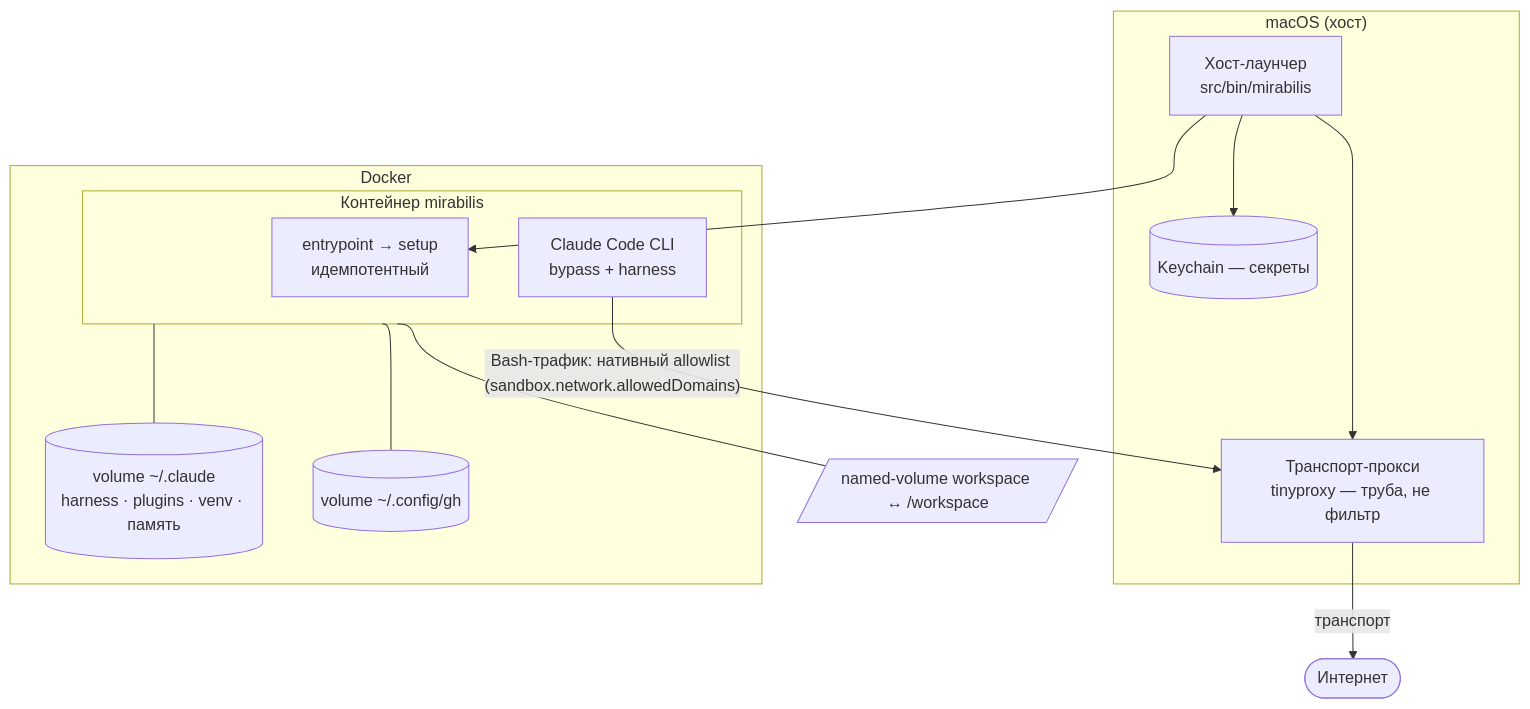
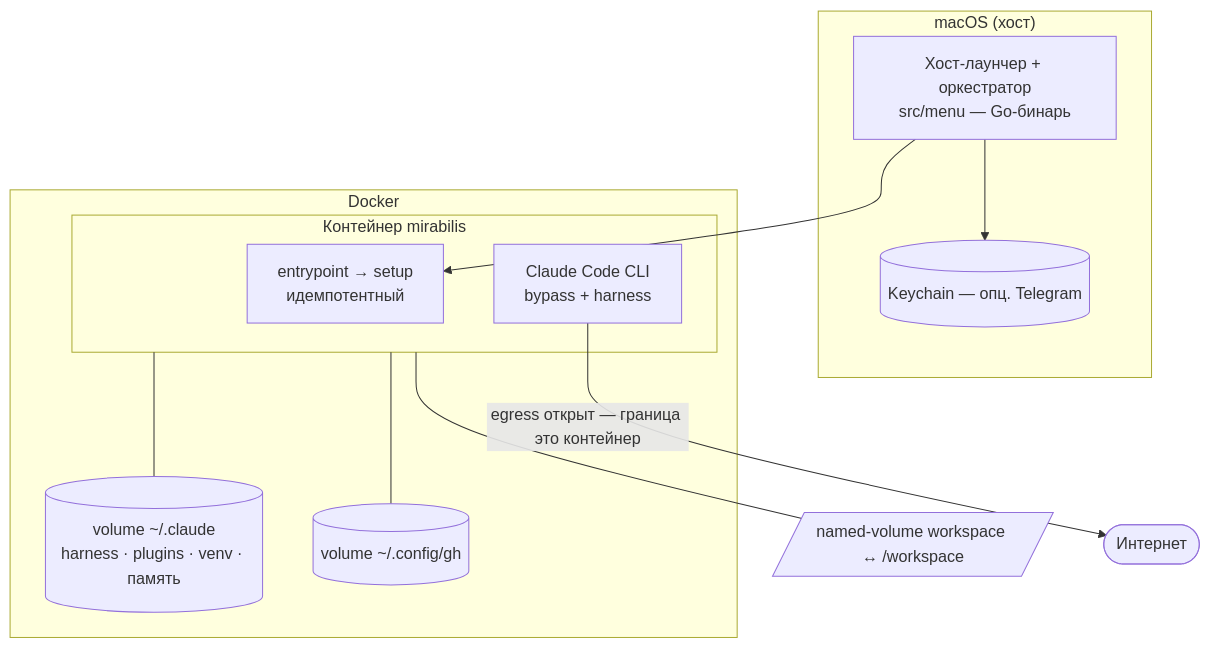
Before and after one commit to AlexShchuka/mirabilis: the diagram in docs/ARCHITECTURE.md, drawn with Mermaid. The commit also changed other lines of this file and 44 other files, not shown here.

````diff
--- a/docs/ARCHITECTURE.md
+++ b/docs/ARCHITECTURE.md
@@ -60,24 +38,22 @@
 ```mermaid
 flowchart TB
   subgraph HOST["macOS (хост)"]
-    LCH[Хост-лаунчер\nsrc/bin/mirabilis]
-    PRX[Транспорт-прокси\ntinyproxy — труба, не фильтр]
-    KC[(Keychain — секреты)]
+    LCH[Хост-лаунчер + оркестратор\nsrc/menu — Go-бинарь]
+    KC[(Keychain — опц. Telegram)]
   end
   subgraph DOCKER["Docker"]
     subgraph CT["Контейнер mirabilis"]
       ENT[entrypoint → setup\nидемпотентный]
       CLAUDE[Claude Code CLI\nbypass + harness]
     end
     VOL[("volume ~/.claude\nharness · plugins · venv · память")]
     GHV[("volume ~/.config/gh")]
   end
   WS[/named-volume workspace ↔ /workspace/]
   LCH --> ENT
-  LCH --> PRX
   LCH --> KC
   CT --- VOL
   CT --- GHV
   CT --- WS
-  CLAUDE -->|"Bash-трафик: нативный allowlist (sandbox.network.allowedDomains)"| PRX -->|транспорт| NET([Интернет])
+  CLAUDE -->|"egress открыт — граница это контейнер"| NET([Интернет])
 ```
````
